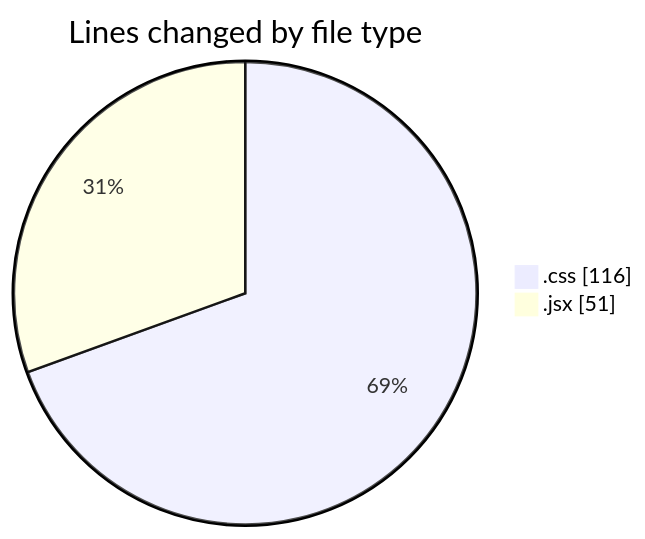
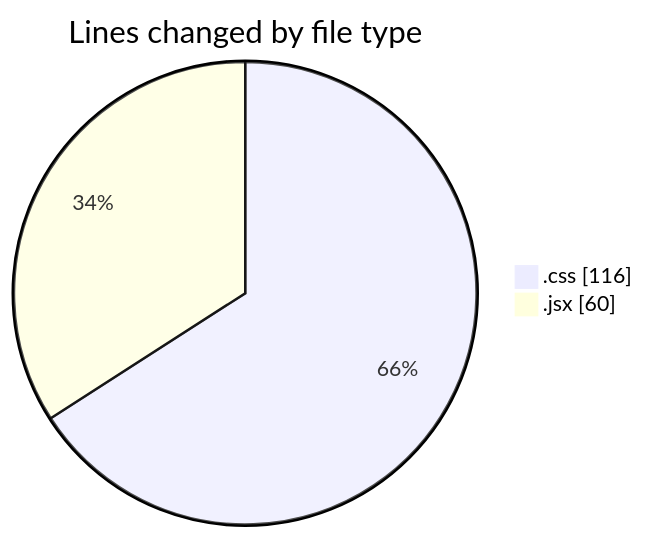
One commit to Elitesun/code-tracking changed the first of 2 diagrams in 2025-01-31/react/README.md. Above: the diagram before and after it, drawn with Mermaid. The commit also changed other lines of this file and 1 other file, not shown here.

````diff
--- a/2025-01-31/react/README.md
+++ b/2025-01-31/react/README.md
@@ -23,6 +24,6 @@
 ```mermaid
 pie showData
 title Lines changed by file type
 ".css" : 116
-".jsx" : 51
+".jsx" : 60
 ```
````
